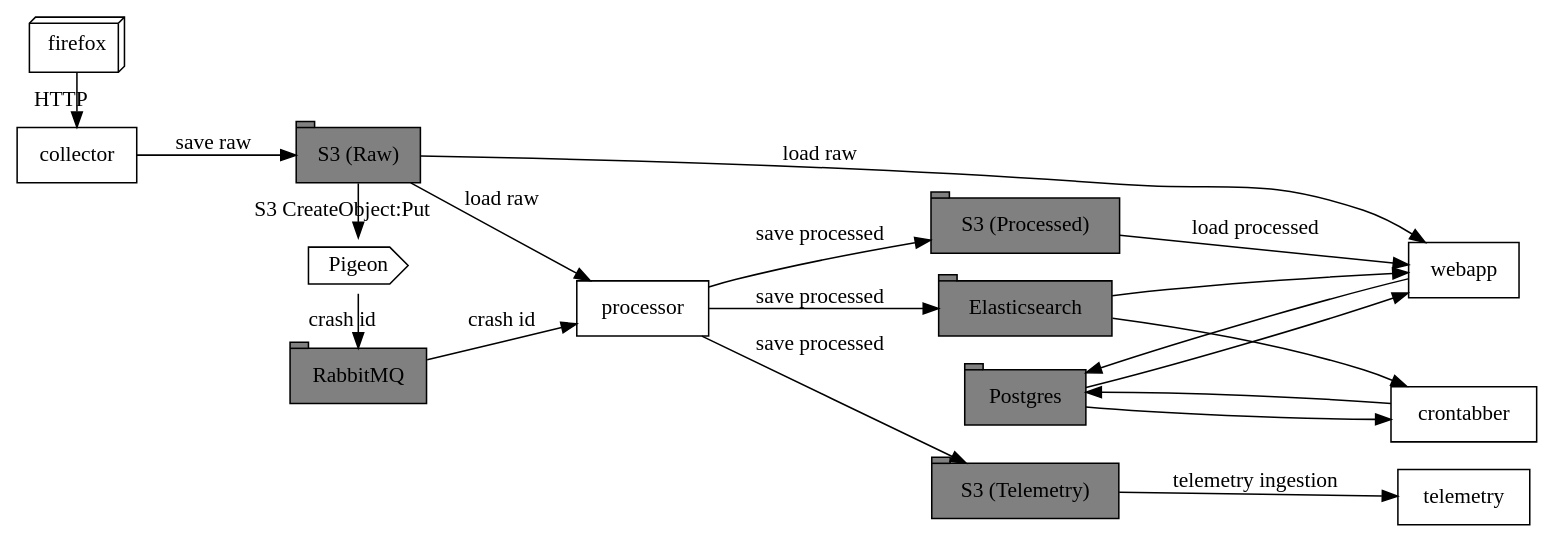
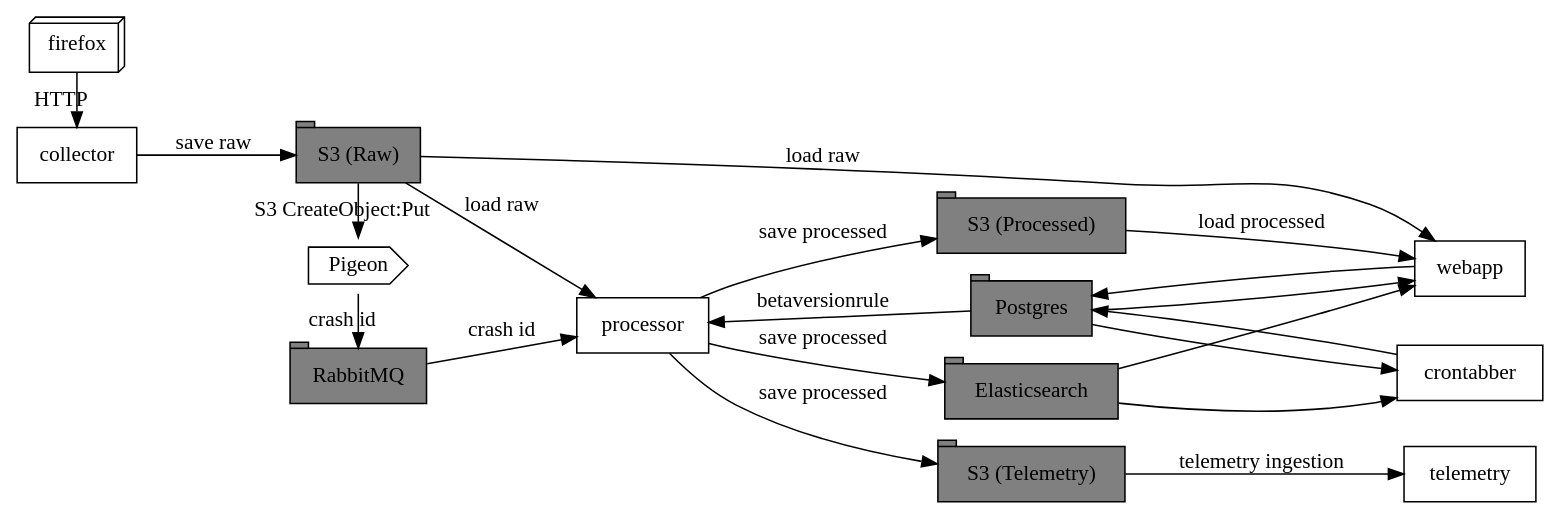
Before and after one commit to mozilla-services/socorro: the diagram in docs/overview.rst, drawn with Graphviz. The commit also changed 112 other files, not shown here.

```diff
--- a/docs/overview.rst
+++ b/docs/overview.rst
@@ -19,65 +19,66 @@
 .. graphviz::
 
    digraph G {
       rankdir=LR;
       splines=lines;
 
       subgraph coll {
          rank=same;
 
          client [shape=box3d, label="firefox"];
          collector [shape=rect, label="collector"];
       }
 
       subgraph stores {
          rank=same;
 
          s3raw [shape=tab, label="S3 (Raw)", style=filled, fillcolor=gray];
          pigeon [shape=cds, label="Pigeon"];
          rabbitmq [shape=tab, label="RabbitMQ", style=filled, fillcolor=gray];
       }
 
       processor [shape=rect, label="processor"];
 
       subgraph stores2 {
          rank=same;
 
          postgres [shape=tab, label="Postgres", style=filled, fillcolor=gray];
          elasticsearch [shape=tab, label="Elasticsearch", style=filled, fillcolor=gray];
          s3telemetry [shape=tab, label="S3 (Telemetry)", style=filled, fillcolor=gray];
          s3processed [shape=tab, label="S3 (Processed)", style=filled, fillcolor=gray];
       }
 
       subgraph processing {
          rank=same;
 
          crontabber [shape=rect, label="crontabber"];
          webapp [shape=rect, label="webapp"];
          telemetry [shape=rect, label="telemetry"];
       }
 
 
       pigeon -> rabbitmq [label="crash id"];
       s3raw -> pigeon [label="S3 CreateObject:Put"];
 
       client -> collector [label="HTTP"];
       collector -> s3raw [label="save raw"];
 
       rabbitmq -> processor [label="crash id"];
       s3raw -> processor [label="load raw"];
+      postgres -> processor [label="betaversionrule"];
       processor -> { s3processed, elasticsearch, s3telemetry } [label="save processed"];
 
       postgres -> webapp;
       webapp -> postgres;
       s3raw -> webapp [label="load raw"];
       s3processed -> webapp [label="load processed"];
       elasticsearch -> webapp;
 
       postgres -> crontabber;
       crontabber -> postgres;
       elasticsearch -> crontabber;
 
       s3telemetry -> telemetry [label="telemetry ingestion"];
 
       { rank=min; client; }
    }
```
